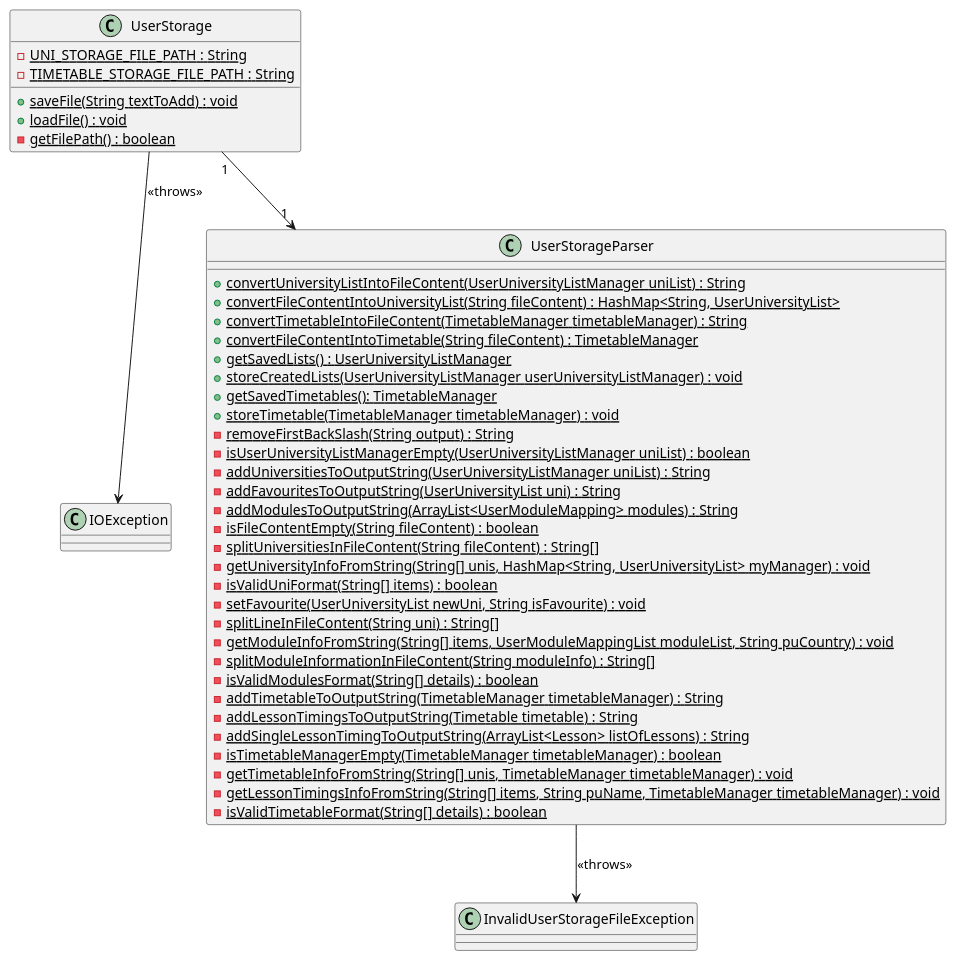
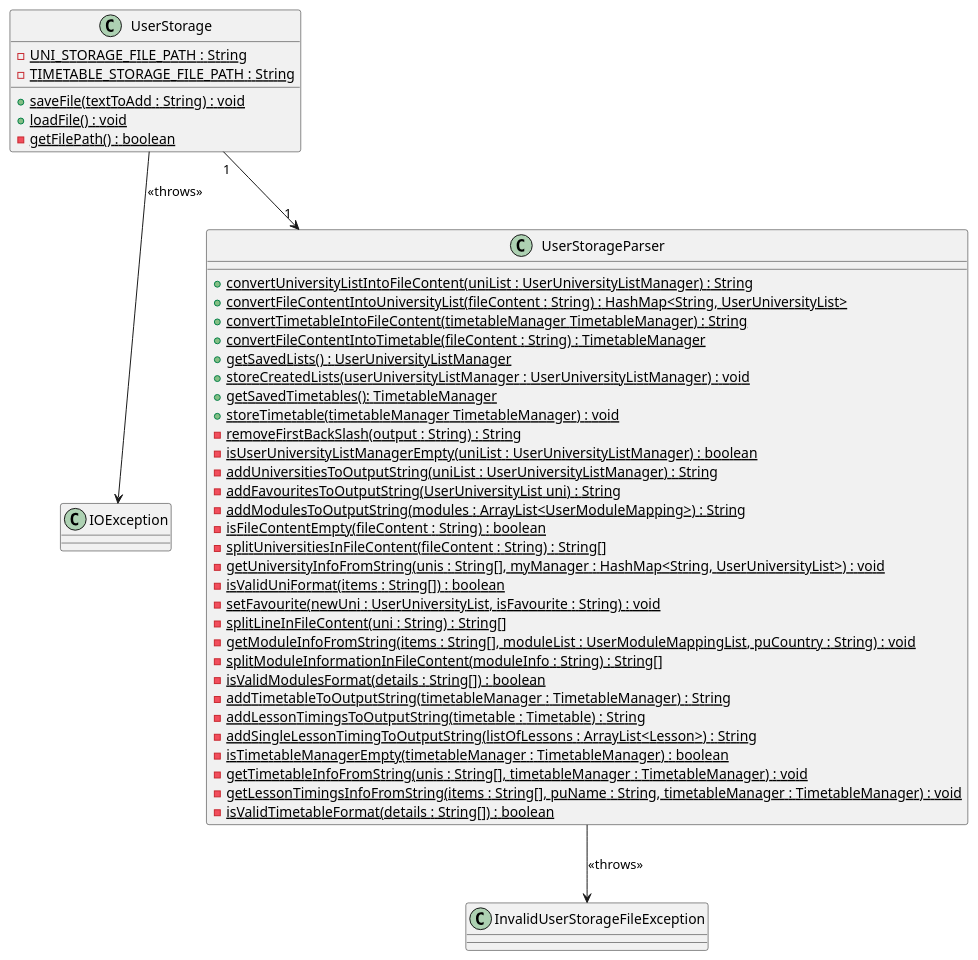
Before and after one commit to nus-cs2113-AY2223S1/tp: the diagram in docs/diagrams/UserStorage_Class.puml, drawn with PlantUML. The commit also changed 1 other file, not shown here.

Commit message:
Update UserStorage class diagram

```diff
--- a/docs/diagrams/UserStorage_Class.puml
+++ b/docs/diagrams/UserStorage_Class.puml
@@ -1,55 +1,55 @@
 @startuml
 
 class UserStorage {
     {static} - UNI_STORAGE_FILE_PATH : String
     {static} - TIMETABLE_STORAGE_FILE_PATH : String
 
-    {static} + saveFile(String textToAdd) : void
+    {static} + saveFile(textToAdd : String) : void
     {static} + loadFile() : void
     {static} - getFilePath() : boolean
 }
 
 class IOException {
 
 }
 
 class UserStorageParser {
-    {static} + convertUniversityListIntoFileContent(UserUniversityListManager uniList) : String
-    {static} + convertFileContentIntoUniversityList(String fileContent) : HashMap<String, UserUniversityList>
-    {static} + convertTimetableIntoFileContent(TimetableManager timetableManager) : String
-    {static} + convertFileContentIntoTimetable(String fileContent) : TimetableManager
+    {static} + convertUniversityListIntoFileContent(uniList : UserUniversityListManager) : String
+    {static} + convertFileContentIntoUniversityList(fileContent : String) : HashMap<String, UserUniversityList>
+    {static} + convertTimetableIntoFileContent(timetableManager TimetableManager) : String
+    {static} + convertFileContentIntoTimetable(fileContent : String) : TimetableManager
     {static} + getSavedLists() : UserUniversityListManager
-    {static} + storeCreatedLists(UserUniversityListManager userUniversityListManager) : void
+    {static} + storeCreatedLists(userUniversityListManager : UserUniversityListManager) : void
     {static} + getSavedTimetables(): TimetableManager
-    {static} + storeTimetable(TimetableManager timetableManager) : void
-    {static} - removeFirstBackSlash(String output) : String
-    {static} - isUserUniversityListManagerEmpty(UserUniversityListManager uniList) : boolean
-    {static} - addUniversitiesToOutputString(UserUniversityListManager uniList) : String
+    {static} + storeTimetable(timetableManager TimetableManager) : void
+    {static} - removeFirstBackSlash(output : String) : String
+    {static} - isUserUniversityListManagerEmpty(uniList : UserUniversityListManager) : boolean
+    {static} - addUniversitiesToOutputString(uniList : UserUniversityListManager) : String
     {static} - addFavouritesToOutputString(UserUniversityList uni) : String
-    {static} - addModulesToOutputString(ArrayList<UserModuleMapping> modules) : String
-    {static} - isFileContentEmpty(String fileContent) : boolean
-    {static} - splitUniversitiesInFileContent(String fileContent) : String[]
-    {static} - getUniversityInfoFromString(String[] unis, HashMap<String, UserUniversityList> myManager) : void
-    {static} - isValidUniFormat(String[] items) : boolean
-    {static} - setFavourite(UserUniversityList newUni, String isFavourite) : void
-    {static} - splitLineInFileContent(String uni) : String[]
-    {static} - getModuleInfoFromString(String[] items, UserModuleMappingList moduleList, String puCountry) : void
-    {static} - splitModuleInformationInFileContent(String moduleInfo) : String[]
-    {static} - isValidModulesFormat(String[] details) : boolean
-    {static} - addTimetableToOutputString(TimetableManager timetableManager) : String
-    {static} - addLessonTimingsToOutputString(Timetable timetable) : String
-    {static} - addSingleLessonTimingToOutputString(ArrayList<Lesson> listOfLessons) : String
-    {static} - isTimetableManagerEmpty(TimetableManager timetableManager) : boolean
-    {static} - getTimetableInfoFromString(String[] unis, TimetableManager timetableManager) : void
-    {static} - getLessonTimingsInfoFromString(String[] items, String puName, TimetableManager timetableManager) : void
-    {static} - isValidTimetableFormat(String[] details) : boolean
+    {static} - addModulesToOutputString(modules : ArrayList<UserModuleMapping>) : String
+    {static} - isFileContentEmpty(fileContent : String) : boolean
+    {static} - splitUniversitiesInFileContent(fileContent : String) : String[]
+    {static} - getUniversityInfoFromString(unis : String[], myManager : HashMap<String, UserUniversityList>) : void
+    {static} - isValidUniFormat(items : String[]) : boolean
+    {static} - setFavourite(newUni : UserUniversityList, isFavourite : String) : void
+    {static} - splitLineInFileContent(uni : String) : String[]
+    {static} - getModuleInfoFromString(items : String[], moduleList : UserModuleMappingList, puCountry : String) : void
+    {static} - splitModuleInformationInFileContent(moduleInfo : String) : String[]
+    {static} - isValidModulesFormat(details : String[]) : boolean
+    {static} - addTimetableToOutputString(timetableManager : TimetableManager) : String
+    {static} - addLessonTimingsToOutputString(timetable : Timetable) : String
+    {static} - addSingleLessonTimingToOutputString(listOfLessons : ArrayList<Lesson>) : String
+    {static} - isTimetableManagerEmpty(timetableManager : TimetableManager) : boolean
+    {static} - getTimetableInfoFromString(unis : String[], timetableManager : TimetableManager) : void
+    {static} - getLessonTimingsInfoFromString(items : String[], puName : String, timetableManager : TimetableManager) : void
+    {static} - isValidTimetableFormat(details : String[]) : boolean
 }
 
 class InvalidUserStorageFileException {
 
 }
 
 UserStorage --> IOException : <<throws>>
 UserStorage "1" --> "1" UserStorageParser
 UserStorageParser --> InvalidUserStorageFileException : << throws>>
 @enduml
```
